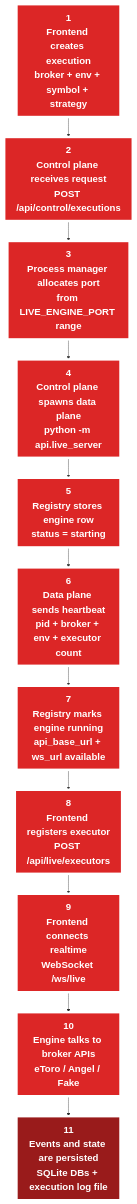
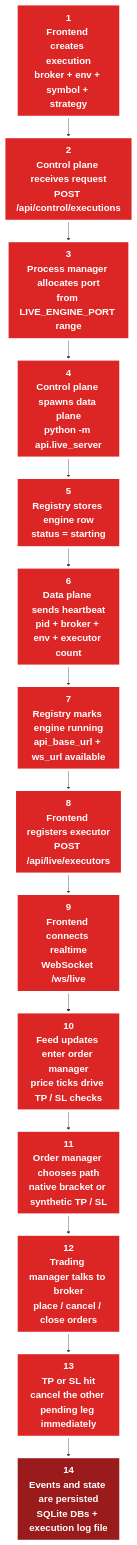
One commit to rohan033/backtrading-demo changed the first of 2 diagrams in numbered-execution-workflow.md. Above: the diagram before and after it, drawn with Mermaid. The commit also changed other lines of this file and 12 other files, not shown here.

Commit message:
Add feed-driven TP/SL for non-bracket clients

````diff
--- a/numbered-execution-workflow.md
+++ b/numbered-execution-workflow.md
@@ -5,22 +5,25 @@
 ```mermaid
 flowchart TB
     s1["1<br/>Frontend creates execution<br/>broker + env + symbol + strategy"]
     s2["2<br/>Control plane receives request<br/>POST /api/control/executions"]
     s3["3<br/>Process manager allocates port<br/>from LIVE_ENGINE_PORT range"]
     s4["4<br/>Control plane spawns data plane<br/>python -m api.live_server"]
     s5["5<br/>Registry stores engine row<br/>status = starting"]
     s6["6<br/>Data plane sends heartbeat<br/>pid + broker + env + executor count"]
     s7["7<br/>Registry marks engine running<br/>api_base_url + ws_url available"]
     s8["8<br/>Frontend registers executor<br/>POST /api/live/executors"]
     s9["9<br/>Frontend connects realtime<br/>WebSocket /ws/live"]
-    s10["10<br/>Engine talks to broker APIs<br/>eToro / Angel / Fake"]
-    s11["11<br/>Events and state are persisted<br/>SQLite DBs + execution log file"]
+    s10["10<br/>Feed updates enter order manager<br/>price ticks drive TP / SL checks"]
+    s11["11<br/>Order manager chooses path<br/>native bracket or synthetic TP / SL"]
+    s12["12<br/>Trading manager talks to broker<br/>place / cancel / close orders"]
+    s13["13<br/>TP or SL hit<br/>cancel the other pending leg immediately"]
+    s14["14<br/>Events and state are persisted<br/>SQLite DBs + execution log file"]
 
-    s1 --> s2 --> s3 --> s4 --> s5 --> s6 --> s7 --> s8 --> s9 --> s10 --> s11
+    s1 --> s2 --> s3 --> s4 --> s5 --> s6 --> s7 --> s8 --> s9 --> s10 --> s11 --> s12 --> s13 --> s14
 
     classDef numberedStep fill:#dc2626,stroke:#ffffff,color:#ffffff,stroke-width:6px,font-size:24px,font-weight:bold;
     classDef finalStep fill:#991b1b,stroke:#ffffff,color:#ffffff,stroke-width:6px,font-size:24px,font-weight:bold;
 
-    class s1,s2,s3,s4,s5,s6,s7,s8,s9,s10 numberedStep;
-    class s11 finalStep;
+    class s1,s2,s3,s4,s5,s6,s7,s8,s9,s10,s11,s12,s13 numberedStep;
+    class s14 finalStep;
 ```
````
